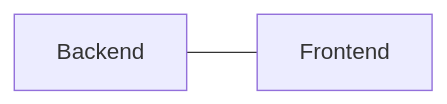
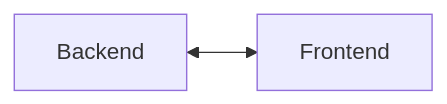
The second of 3 diagrams in docs/docs/index.md (hlop3z/zmag), drawn with Mermaid before and after one commit. The commit also changed other lines of this file and 50 other files, not shown here.

````diff
--- a/docs/docs/index.md
+++ b/docs/docs/index.md
@@ -156,4 +156,4 @@
 ```mermaid
 flowchart LR;
-    A[Backend] --- B[Frontend];
+    A[Backend] <--> B[Frontend];
 ```
````
